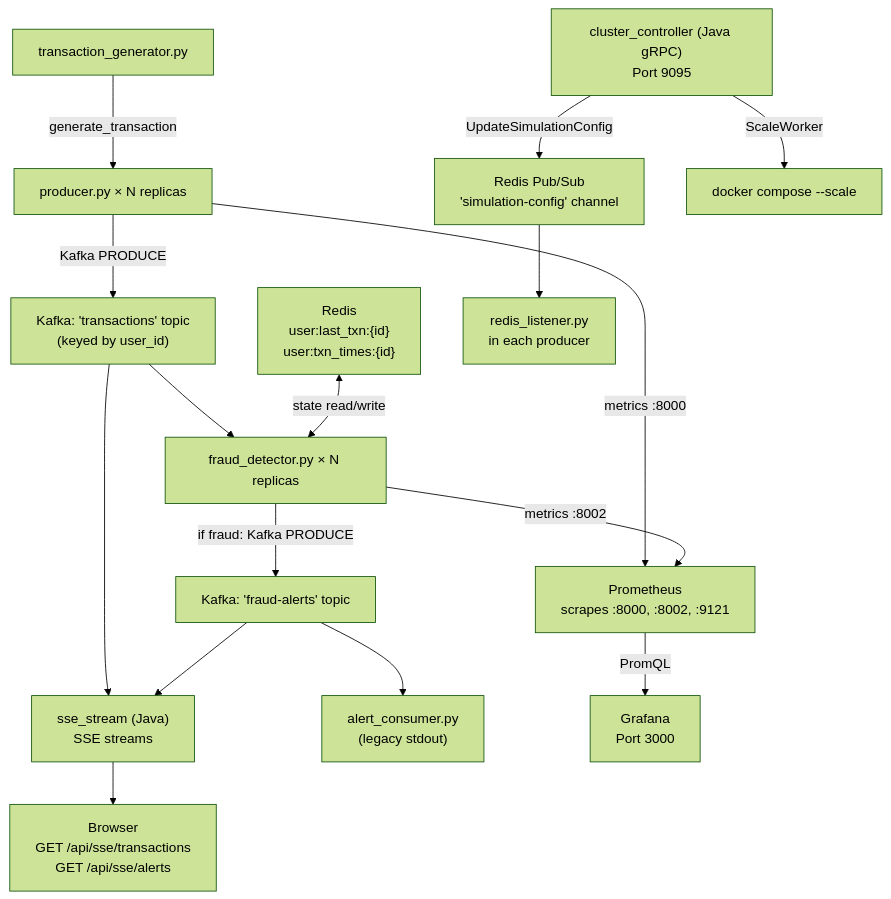
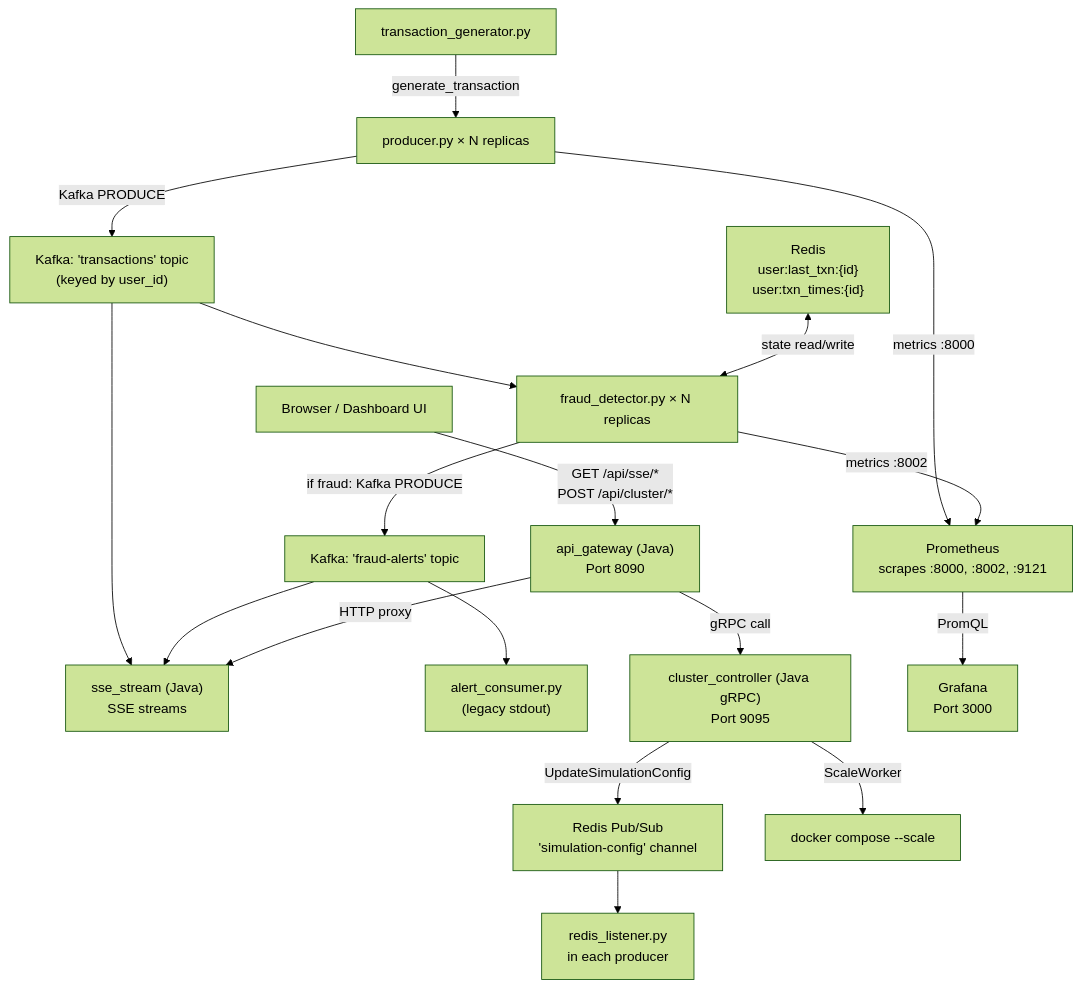
The diagram in documentation/README.md (Mathew270/Fraud-Detection), drawn with Mermaid (forest theme) before and after one commit. The commit also changed other lines of this file and 69 other files, not shown here.

````diff
--- a/documentation/README.md
+++ b/documentation/README.md
@@ -24,36 +25,40 @@
 ```mermaid
 flowchart TD
     TxGen[transaction_generator.py]
     Producer["producer.py × N replicas"]
     KafkaTx["Kafka: 'transactions' topic\n(keyed by user_id)"]
     FraudDet["fraud_detector.py × N replicas"]
     Redis["Redis\nuser:last_txn:{id}\nuser:txn_times:{id}"]
     KafkaAlerts["Kafka: 'fraud-alerts' topic"]
     DashAPI["sse_stream (Java)\nSSE streams"]
     AlertConsumer["alert_consumer.py\n(legacy stdout)"]
-    Browser["Browser\nGET /api/sse/transactions\nGET /api/sse/alerts"]
+    Browser["Browser / Dashboard UI"]
+    Gateway["api_gateway (Java)\nPort 8090"]
     ClusterCtrl["cluster_controller (Java gRPC)\nPort 9095"]
     RedisPubSub["Redis Pub/Sub\n'simulation-config' channel"]
     RedisListener["redis_listener.py\nin each producer"]
     DockerCompose["docker compose --scale"]
     Prometheus["Prometheus\nscrapes :8000, :8002, :9121"]
     Grafana["Grafana\nPort 3000"]
 
     TxGen -->|generate_transaction| Producer
     Producer -->|Kafka PRODUCE| KafkaTx
     KafkaTx --> FraudDet
     KafkaTx --> DashAPI
     Redis <-->|state read/write| FraudDet
     FraudDet -->|if fraud: Kafka PRODUCE| KafkaAlerts
     KafkaAlerts --> DashAPI
     KafkaAlerts --> AlertConsumer
-    DashAPI --> Browser
-
+    
+    Browser -->|GET /api/sse/*\nPOST /api/cluster/*| Gateway
+    Gateway -->|HTTP proxy| DashAPI
+    Gateway -->|gRPC call| ClusterCtrl
+    
     ClusterCtrl -->|UpdateSimulationConfig| RedisPubSub
     ClusterCtrl -->|ScaleWorker| DockerCompose
     RedisPubSub --> RedisListener
 
     Prometheus -->|PromQL| Grafana
     Producer -->|metrics :8000| Prometheus
     FraudDet -->|metrics :8002| Prometheus
 ```
````
